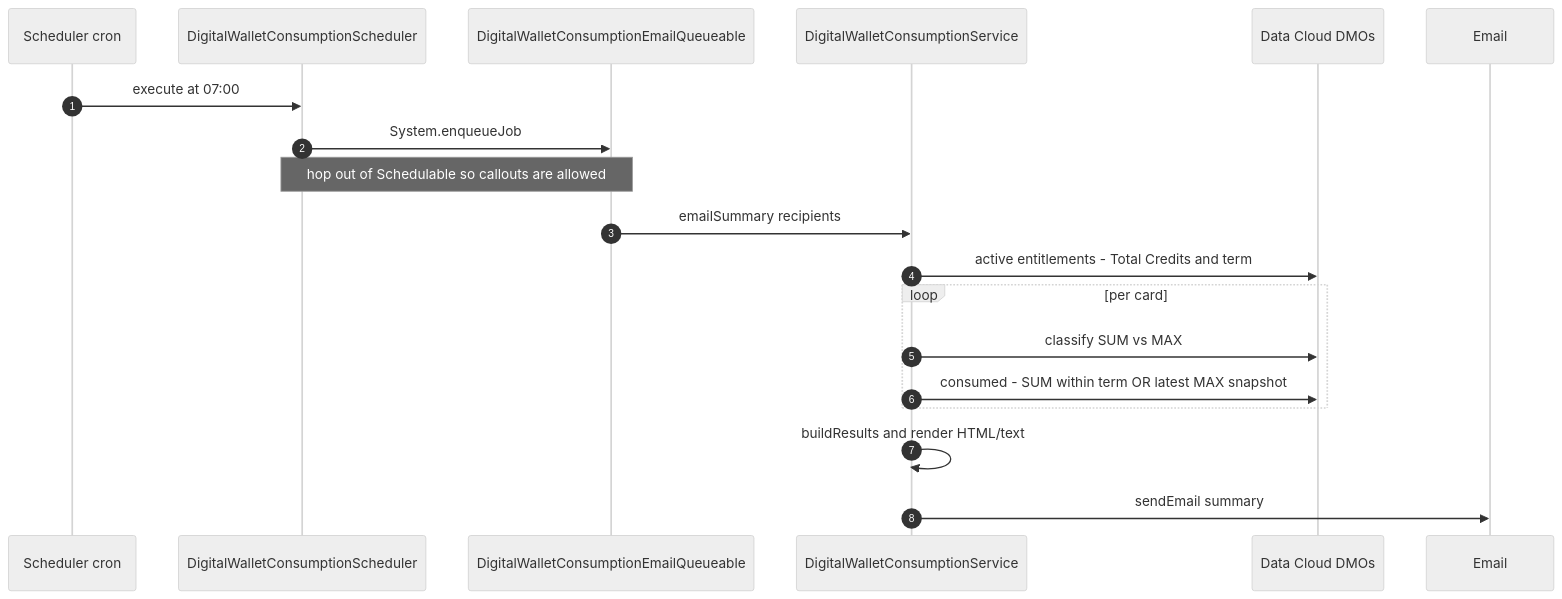
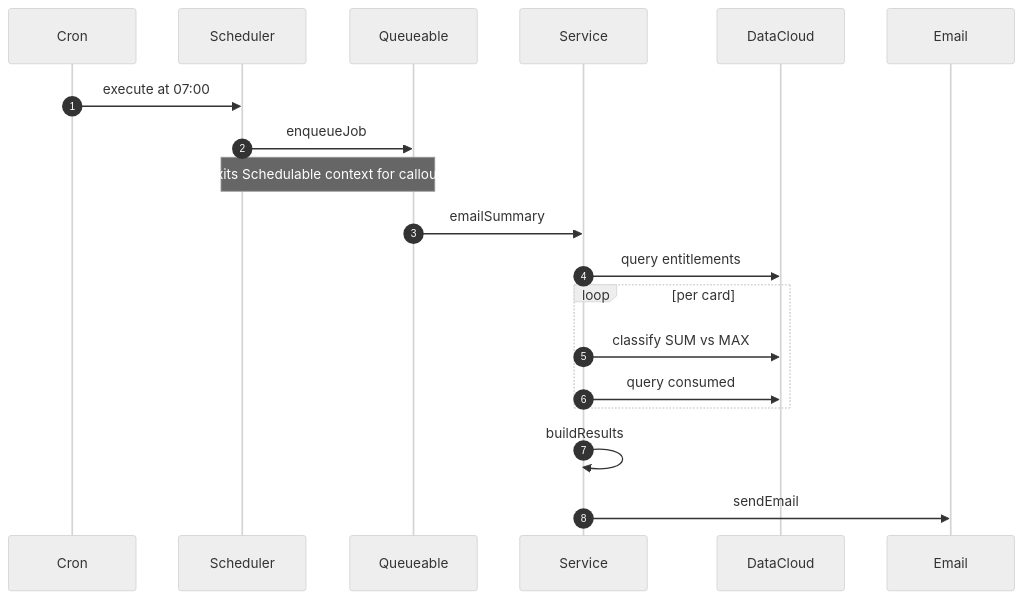
Before and after one commit to Amit-Tripathi/apex-partner-digital-wallet: the second of 2 diagrams in README.md, drawn with Mermaid (neutral theme).

Commit message:
Fix sequence diagram rendering on GitHub
Simplify participant names and message text to avoid render failures.

````diff
--- a/README.md
+++ b/README.md
@@ -178,22 +178,22 @@
 ```mermaid
 sequenceDiagram
     autonumber
-    participant Cron as Scheduler cron
-    participant Sch as DigitalWalletConsumptionScheduler
-    participant Q as DigitalWalletConsumptionEmailQueueable
-    participant Svc as DigitalWalletConsumptionService
-    participant DC as Data Cloud DMOs
-    participant Mail as Email
+    participant Cron
+    participant Scheduler
+    participant Queueable
+    participant Service
+    participant DataCloud
+    participant Email
 
-    Cron->>Sch: execute at 07:00
-    Sch->>Q: System.enqueueJob
-    Note over Sch,Q: hop out of Schedulable so callouts are allowed
-    Q->>Svc: emailSummary recipients
-    Svc->>DC: active entitlements - Total Credits and term
+    Cron->>Scheduler: execute at 07:00
+    Scheduler->>Queueable: enqueueJob
+    Note over Scheduler,Queueable: Exits Schedulable context for callouts
+    Queueable->>Service: emailSummary
+    Service->>DataCloud: query entitlements
     loop per card
-        Svc->>DC: classify SUM vs MAX
-        Svc->>DC: consumed - SUM within term OR latest MAX snapshot
+        Service->>DataCloud: classify SUM vs MAX
+        Service->>DataCloud: query consumed
     end
-    Svc->>Svc: buildResults and render HTML/text
-    Svc->>Mail: sendEmail summary
+    Service->>Service: buildResults
+    Service->>Email: sendEmail
 ```
````
